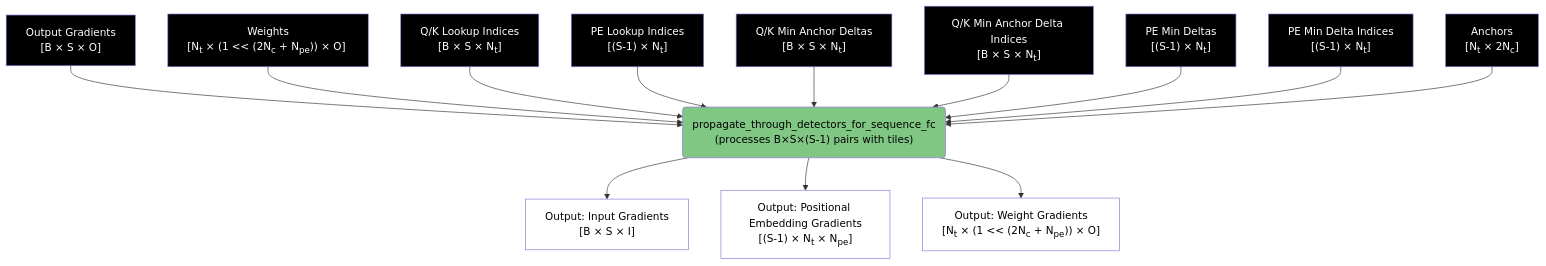
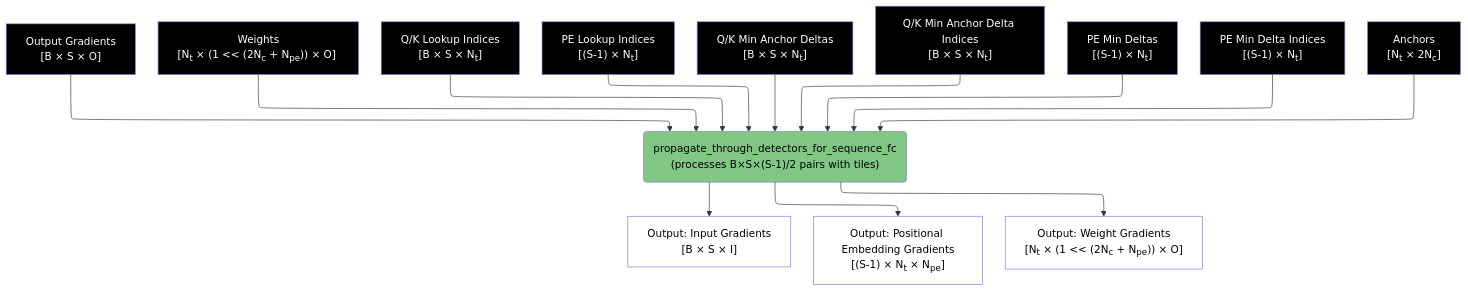
One commit to anatoli-starostin/spiky changed the seventh of 8 diagrams in spiky_cuda/lut/doc/LUT_RUNTIME_DATA_FLOW.md. Above: the diagram before and after it, drawn with Mermaid. The commit also changed other lines of this file and 1 other file, not shown here.

````diff
--- a/spiky_cuda/lut/doc/LUT_RUNTIME_DATA_FLOW.md
+++ b/spiky_cuda/lut/doc/LUT_RUNTIME_DATA_FLOW.md
@@ -263,33 +260,34 @@
 ```mermaid
+%%{init: { "flowchart": { "defaultRenderer": "elk" } }}%%
 flowchart TD
-    A["Output Gradients<br/>[B × S × O]"] --> I("propagate_through_detectors_for_sequence_fc<br/>(processes B×S×(S-1) pairs with tiles)")
+    A["Output Gradients<br/>[B × S × O]"] --> I("propagate_through_detectors_for_sequence_fc<br/>(processes B×S×(S-1)/2 pairs with tiles)")
     
     W6["Weights<br/>[N<sub>t</sub>&nbsp;×&nbsp;(1&nbsp;<<&nbsp;(2N<sub>c</sub>&nbsp;+&nbsp;N<sub>pe</sub>))&nbsp;×&nbsp;O]&nbsp;"] --> I
     
     L3["Q/K Lookup Indices<br/>[B × S × N<sub>t</sub>]"] --> I
     L4["PE Lookup Indices<br/>[(S-1) × N<sub>t</sub>]"] --> I
     M5["Q/K Min Anchor Deltas<br/>[B × S × N<sub>t</sub>]"] --> I
     M6["Q/K Min Anchor Delta Indices<br/>[B&nbsp;×&nbsp;S&nbsp;×&nbsp;N<sub>t</sub>]"] --> I
     M7["PE Min Deltas<br/>[(S-1) × N<sub>t</sub>]"] --> I
     M8["PE Min Delta Indices<br/>[(S-1) × N<sub>t</sub>]"] --> I
     
     D6["Anchors<br/>[N<sub>t</sub> × 2N<sub>c</sub>]"] --> I
     
     I --> J["Output: Input Gradients<br/>[B × S × I]"]
     I --> K["Output: Positional Embedding Gradients<br/>[(S-1) × N<sub>t</sub> × N<sub>pe</sub>]"]
     I --> H["Output: Weight Gradients<br/>[N<sub>t</sub>&nbsp;×&nbsp;(1&nbsp;<<&nbsp;(2N<sub>c</sub>&nbsp;+&nbsp;N<sub>pe</sub>))&nbsp;×&nbsp;O]"]
     
     style I fill:#81c784,color:#000000
     style H fill:#ffffff,color:#000000
     style J fill:#ffffff,color:#000000
     style K fill:#ffffff,color:#000000
     style A fill:#000000,color:#ffffff
     style W6 fill:#000000,color:#ffffff
     style L3 fill:#000000,color:#ffffff
     style L4 fill:#000000,color:#ffffff
     style M5 fill:#000000,color:#ffffff
     style M6 fill:#000000,color:#ffffff
     style M7 fill:#000000,color:#ffffff
     style M8 fill:#000000,color:#ffffff
     style D6 fill:#000000,color:#ffffff
 ```
````
